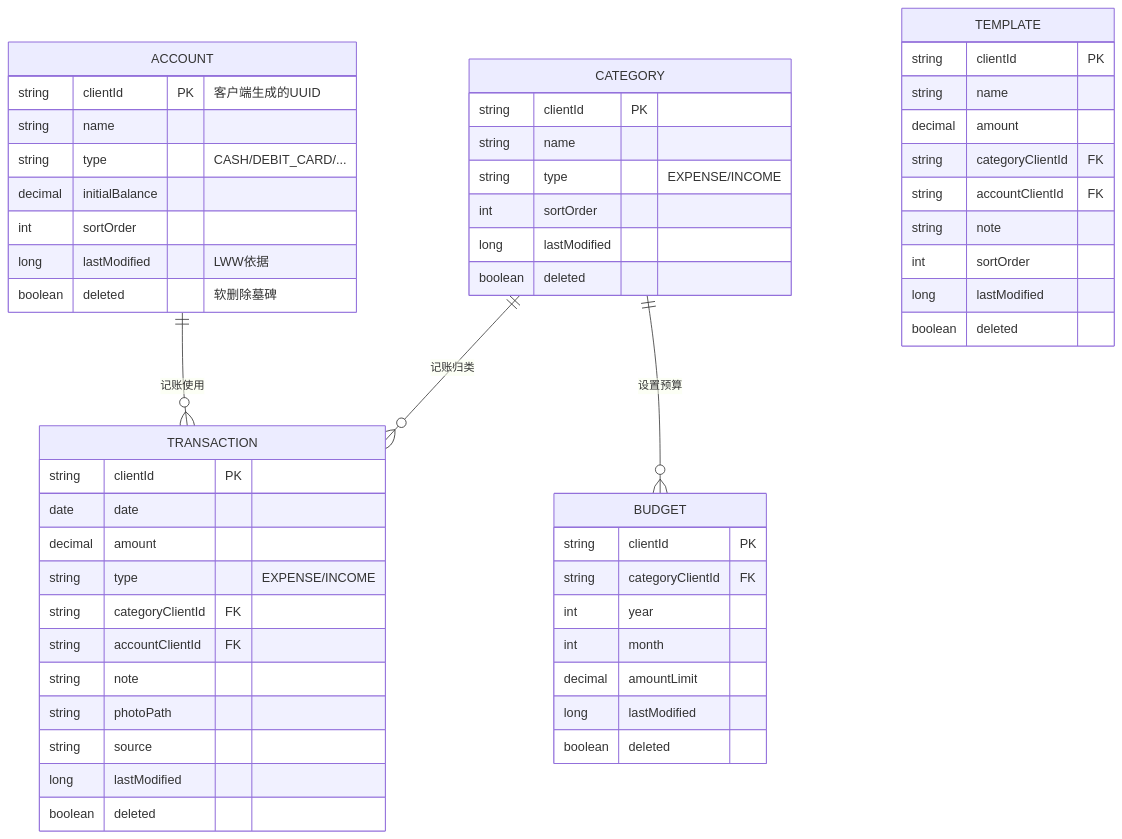
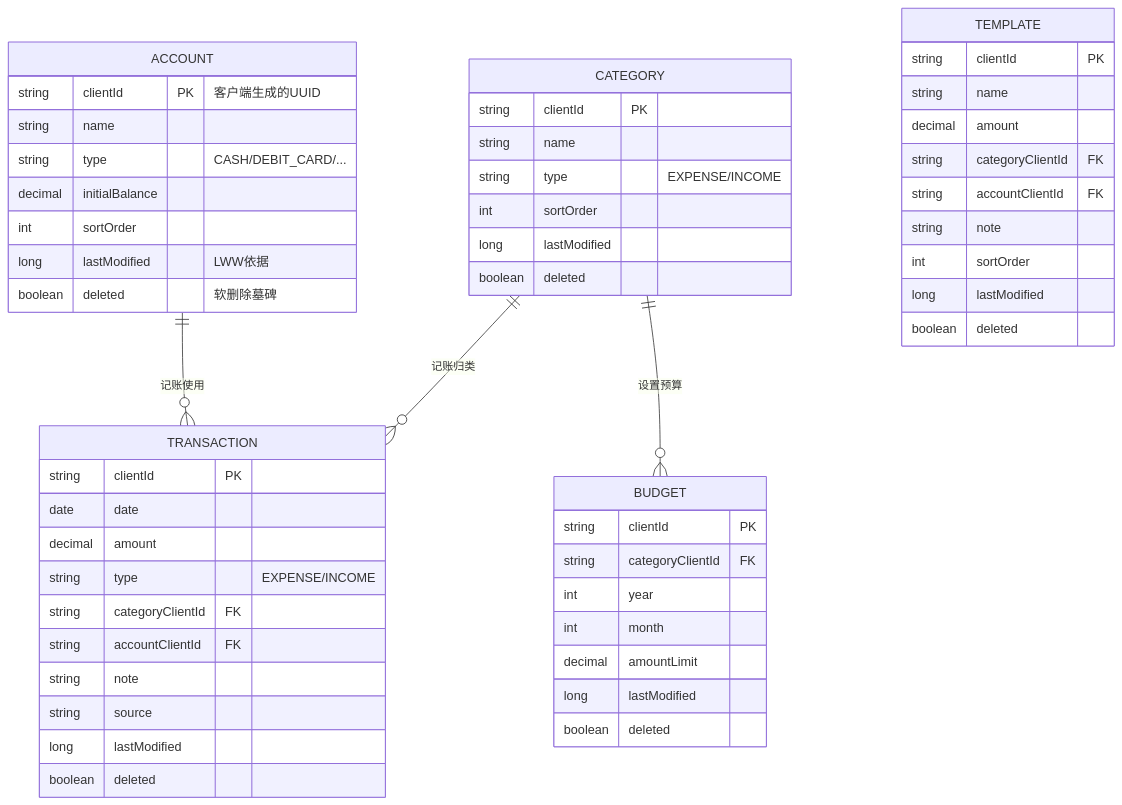
Before and after one commit to arsey-xui/Terminal-Ledger: the diagram in docs/ER-diagram.md, drawn with Mermaid. The commit also changed 77 other files, not shown here.

````diff
--- a/docs/ER-diagram.md
+++ b/docs/ER-diagram.md
@@ -5,57 +5,56 @@
 ```mermaid
 erDiagram
     ACCOUNT ||--o{ TRANSACTION : "记账使用"
     CATEGORY ||--o{ TRANSACTION : "记账归类"
     CATEGORY ||--o{ BUDGET : "设置预算"
 
     ACCOUNT {
         string clientId PK "客户端生成的UUID"
         string name
         string type "CASH/DEBIT_CARD/..."
         decimal initialBalance
         int sortOrder
         long lastModified "LWW依据"
         boolean deleted "软删除墓碑"
     }
     CATEGORY {
         string clientId PK
         string name
         string type "EXPENSE/INCOME"
         int sortOrder
         long lastModified
         boolean deleted
     }
     TRANSACTION {
         string clientId PK
         date date
         decimal amount
         string type "EXPENSE/INCOME"
         string categoryClientId FK
         string accountClientId FK
         string note
-        string photoPath
         string source
         long lastModified
         boolean deleted
     }
     BUDGET {
         string clientId PK
         string categoryClientId FK
         int year
         int month
         decimal amountLimit
         long lastModified
         boolean deleted
     }
     TEMPLATE {
         string clientId PK
         string name
         decimal amount
         string categoryClientId FK
         string accountClientId FK
         string note
         int sortOrder
         long lastModified
         boolean deleted
     }
 ```
````
